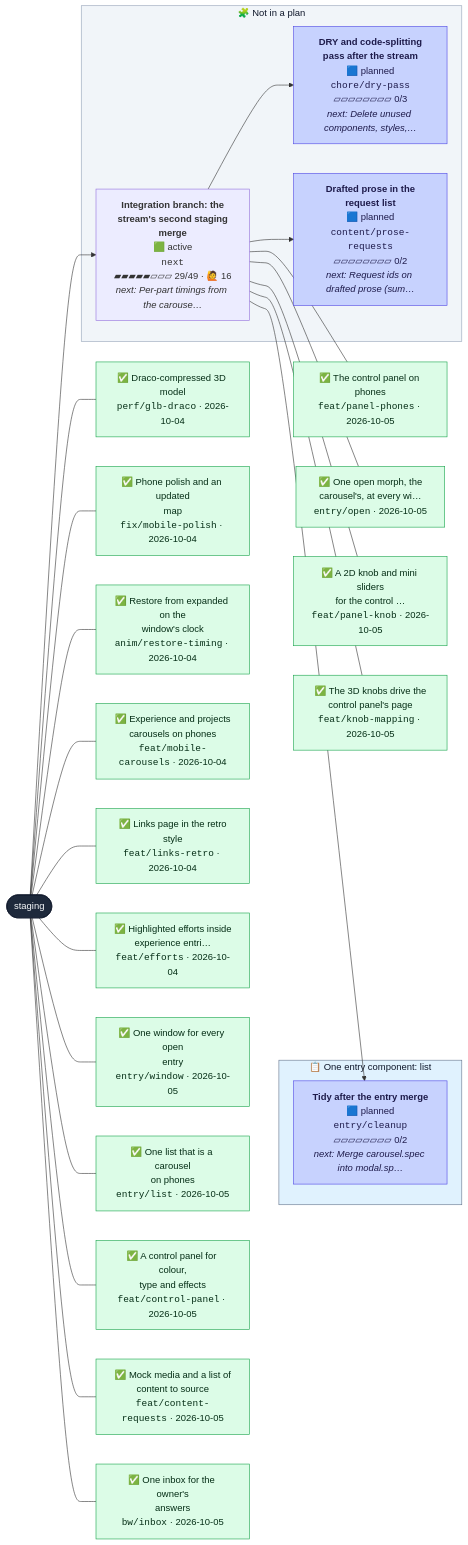
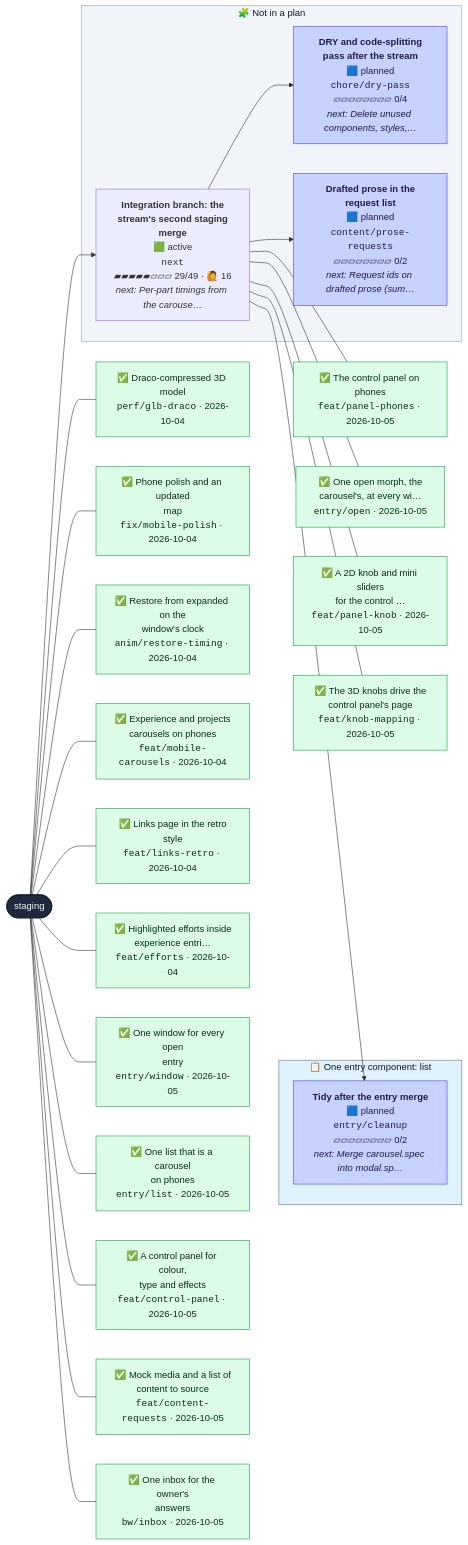
The second of 2 diagrams in CONTRIBUTING.md (henryjonescodes/portfolio), drawn with Mermaid before and after one commit. The commit also changed other lines of this file and 1 other file, not shown here.

````diff
--- a/CONTRIBUTING.md
+++ b/CONTRIBUTING.md
@@ -63,77 +63,77 @@
 ```mermaid
 flowchart LR
   n_staging([staging])
   class n_staging trunk
   subgraph plan_0["📋 One entry component: list"]
     n_entry_cleanup["<b>Tidy after the entry merge</b><br/>🟦 planned<br/><code>entry/cleanup</code><br/>▱▱▱▱▱▱▱▱ 0/2<br/><i>next: Merge carousel.spec into modal.sp…</i>"]
     class n_entry_cleanup planned
   end
   style plan_0 fill:#e0f2fe,stroke:#64748b,color:#0f172a
   subgraph loose["🧩 Not in a plan"]
-    n_chore_dry_pass["<b>DRY and code-splitting<br/>pass after the stream</b><br/>🟦 planned<br/><code>chore/dry-pass</code><br/>▱▱▱▱▱▱▱▱ 0/3<br/><i>next: Delete unused components, styles,…</i>"]
+    n_chore_dry_pass["<b>DRY and code-splitting<br/>pass after the stream</b><br/>🟦 planned<br/><code>chore/dry-pass</code><br/>▱▱▱▱▱▱▱▱ 0/4<br/><i>next: Delete unused components, styles,…</i>"]
     class n_chore_dry_pass planned
     n_content_prose_requests["<b>Drafted prose in the<br/>request list</b><br/>🟦 planned<br/><code>content/prose-requests</code><br/>▱▱▱▱▱▱▱▱ 0/2<br/><i>next: Request ids on drafted prose (sum…</i>"]
     class n_content_prose_requests planned
     n_next["<b>Integration branch: the<br/>stream's second staging<br/>merge</b><br/>🟩 active<br/><code>next</code><br/>▰▰▰▰▰▱▱▱ 29/49 · 🙋 16<br/><i>next: Per-part timings from the carouse…</i>"]
     class n_next active,current
   end
   style loose fill:#f1f5f9,stroke:#94a3b8,color:#0f172a
   n_next --> n_chore_dry_pass
   n_next --> n_content_prose_requests
   n_next --> n_entry_cleanup
   n_staging --> n_next
   landed_0["✅ Draco-compressed 3D model<br/><code>perf/glb-draco</code> · 2026-10-04"]
   class landed_0 merged
   n_staging --- landed_0
   landed_1["✅ Phone polish and an updated<br/>map<br/><code>fix/mobile-polish</code> · 2026-10-04"]
   class landed_1 merged
   n_staging --- landed_1
   landed_2["✅ Restore from expanded on the<br/>window's clock<br/><code>anim/restore-timing</code> · 2026-10-04"]
   class landed_2 merged
   n_staging --- landed_2
   landed_3["✅ Experience and projects<br/>carousels on phones<br/><code>feat/mobile-carousels</code> · 2026-10-04"]
   class landed_3 merged
   n_staging --- landed_3
   landed_4["✅ Links page in the retro<br/>style<br/><code>feat/links-retro</code> · 2026-10-04"]
   class landed_4 merged
   n_staging --- landed_4
   landed_5["✅ Highlighted efforts inside<br/>experience entri…<br/><code>feat/efforts</code> · 2026-10-04"]
   class landed_5 merged
   n_staging --- landed_5
   landed_6["✅ One window for every open<br/>entry<br/><code>entry/window</code> · 2026-10-05"]
   class landed_6 merged
   n_staging --- landed_6
   landed_7["✅ One list that is a carousel<br/>on phones<br/><code>entry/list</code> · 2026-10-05"]
   class landed_7 merged
   n_staging --- landed_7
   landed_8["✅ A control panel for colour,<br/>type and effects<br/><code>feat/control-panel</code> · 2026-10-05"]
   class landed_8 merged
   n_staging --- landed_8
   landed_9["✅ Mock media and a list of<br/>content to source<br/><code>feat/content-requests</code> · 2026-10-05"]
   class landed_9 merged
   n_staging --- landed_9
   landed_10["✅ One inbox for the owner's<br/>answers<br/><code>bw/inbox</code> · 2026-10-05"]
   class landed_10 merged
   n_staging --- landed_10
   landed_11["✅ The control panel on phones<br/><code>feat/panel-phones</code> · 2026-10-05"]
   class landed_11 merged
   n_next --- landed_11
   landed_12["✅ One open morph, the<br/>carousel's, at every wi…<br/><code>entry/open</code> · 2026-10-05"]
   class landed_12 merged
   n_next --- landed_12
   landed_13["✅ A 2D knob and mini sliders<br/>for the control …<br/><code>feat/panel-knob</code> · 2026-10-05"]
   class landed_13 merged
   n_next --- landed_13
   landed_14["✅ The 3D knobs drive the<br/>control panel's page<br/><code>feat/knob-mapping</code> · 2026-10-05"]
   class landed_14 merged
   n_next --- landed_14
   classDef merged fill:#dcfce7,stroke:#16a34a,color:#052e16
   classDef todo fill:#ffffff,stroke:#94a3b8,stroke-dasharray:2 2,color:#334155
   classDef planned fill:#c7d2fe,stroke:#4f46e5,color:#1e1b4b
   classDef sketched fill:#f8fafc,stroke:#64748b,stroke-dasharray:4 3,color:#334155
   classDef active fill:#bbf7d0,stroke:#16a34a,stroke-width:3px,color:#052e16
   classDef review fill:#fde68a,stroke:#d97706,stroke-width:3px,color:#451a03
   classDef blocked fill:#fecaca,stroke:#dc2626,stroke-width:3px,color:#450a0a
   classDef trunk fill:#1e293b,stroke:#0f172a,color:#f8fafc
   classDef current stroke:#0ea5e9,stroke-width:5px
 ```
````
